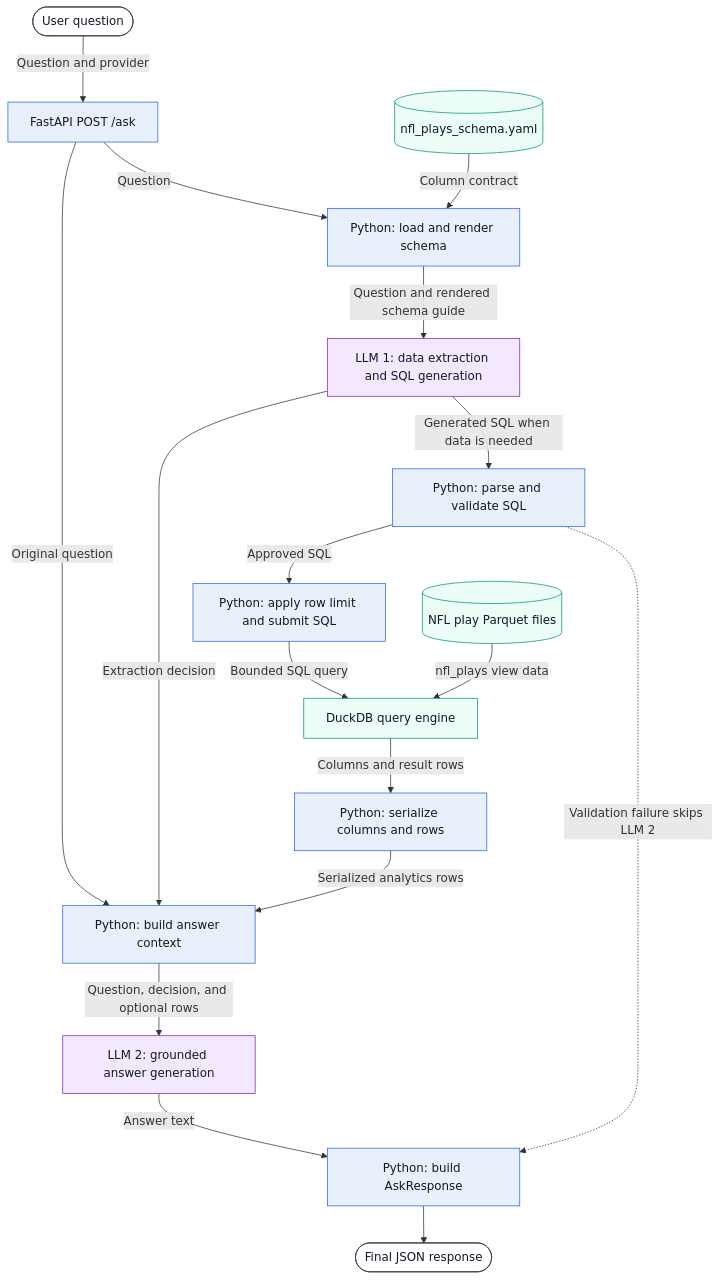
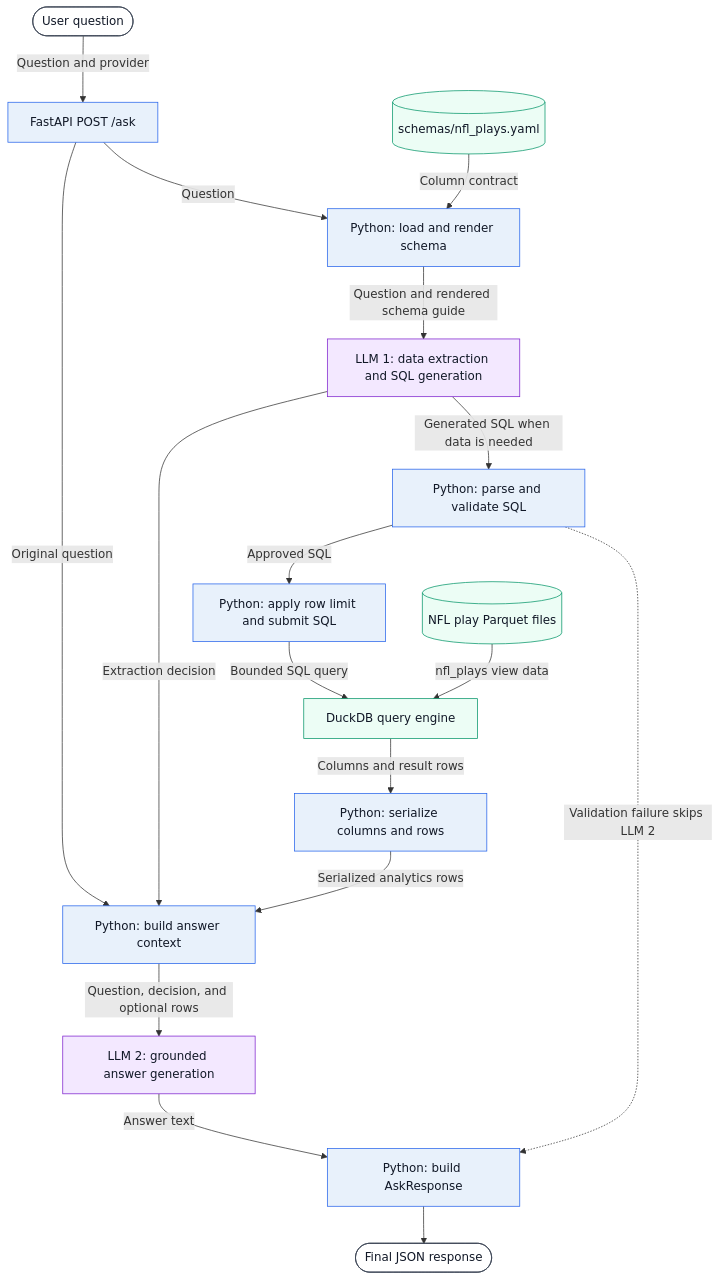
The diagram in docs/architecture.md (manojmathew940/nfl-edge-ai), drawn with Mermaid before and after one commit. The commit also changed other lines of this file and 10 other files, not shown here.

Commit message:
Add a single source for the schema

````diff
--- a/docs/architecture.md
+++ b/docs/architecture.md
@@ -8,47 +8,47 @@
 ```mermaid
 flowchart TD
     Question([User question])
     API[FastAPI POST /ask]
-    Schema[(nfl_plays_schema.yaml)]
+    Schema[(schemas/nfl_plays.yaml)]
     SchemaLoader[Python: load and render schema]
     Extractor[LLM 1: data extraction and SQL generation]
     Validator[Python: parse and validate SQL]
     Executor[Python: apply row limit and submit SQL]
     Parquet[(NFL play Parquet files)]
     DuckDB[DuckDB query engine]
     Rows[Python: serialize columns and rows]
     Context[Python: build answer context]
     Answer[LLM 2: grounded answer generation]
     Response[Python: build AskResponse]
     Final([Final JSON response])
 
     Question -->|Question and provider| API
     API -->|Question| SchemaLoader
     Schema -->|Column contract| SchemaLoader
     SchemaLoader -->|Question and rendered schema guide| Extractor
 
     Extractor -->|Generated SQL when data is needed| Validator
     Validator -->|Approved SQL| Executor
 
     Executor -->|Bounded SQL query| DuckDB
     Parquet -->|nfl_plays view data| DuckDB
     DuckDB -->|Columns and result rows| Rows
 
     API -->|Original question| Context
     Extractor -->|Extraction decision| Context
     Rows -->|Serialized analytics rows| Context
     Context -->|Question, decision, and optional rows| Answer
     Answer -->|Answer text| Response
     Validator -.->|Validation failure skips LLM 2| Response
     Response --> Final
 
     classDef python fill:#e8f1fb,stroke:#2563eb,color:#111827
     classDef llm fill:#f3e8ff,stroke:#7e22ce,color:#111827
     classDef data fill:#ecfdf5,stroke:#059669,color:#111827
     classDef external fill:#ffffff,stroke:#374151,color:#111827
 
     class API,SchemaLoader,Validator,Executor,Rows,Context,Response python
     class Extractor,Answer llm
     class Schema,Parquet,DuckDB data
     class Question,Final external
 ```
````
